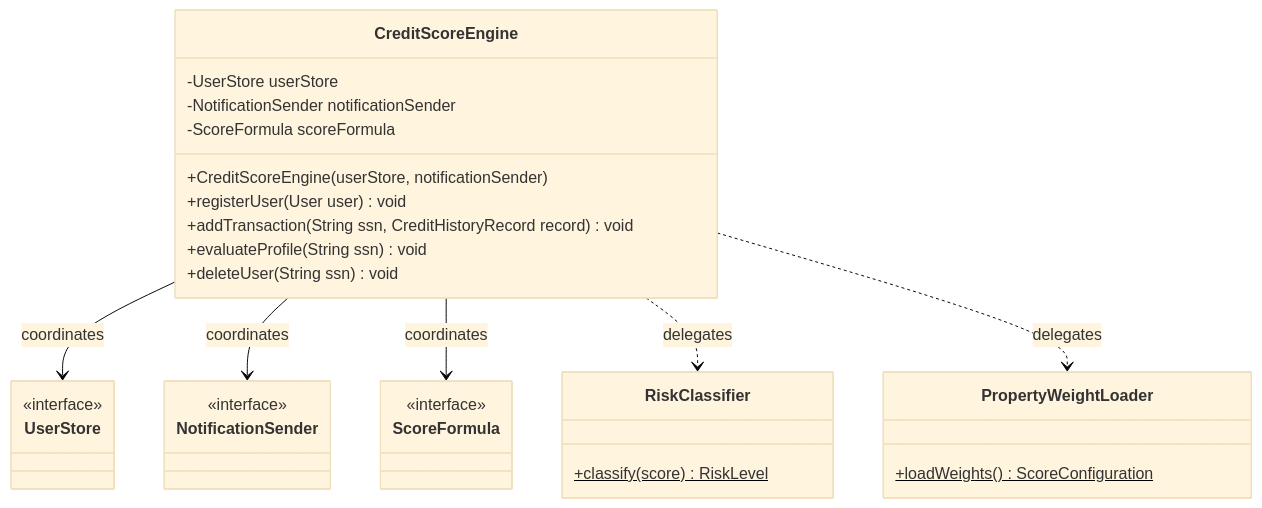
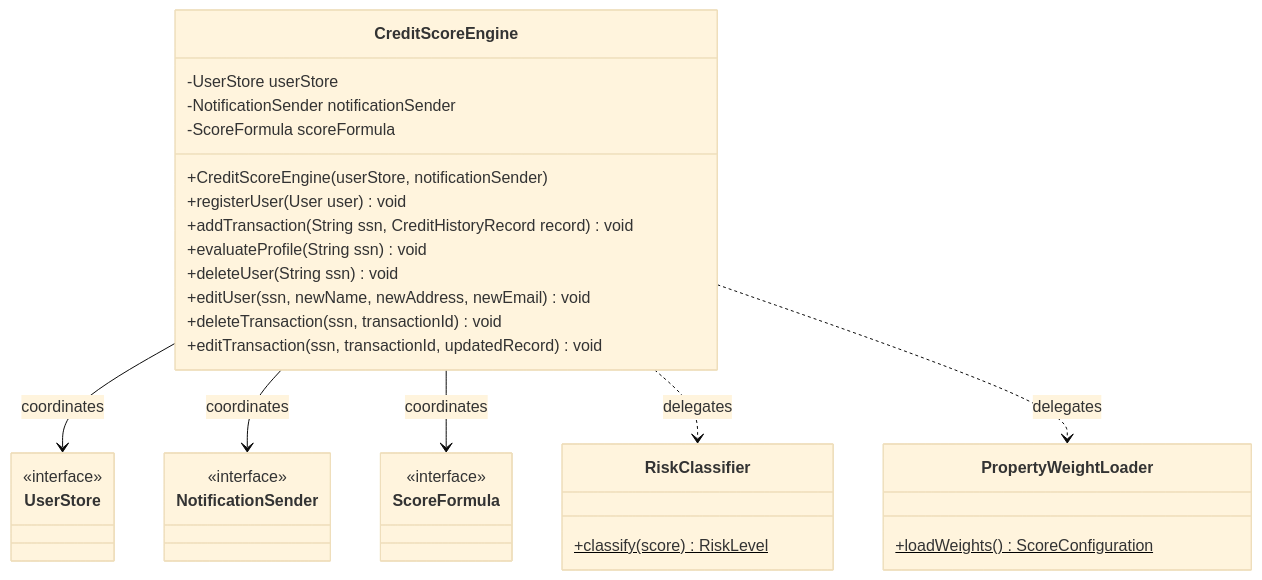
The third of 3 diagrams in docs/02_design_patterns/structural_patterns.md (Pinkylml/CreditScoreManagement), drawn with Mermaid (base theme) before and after one commit. The commit also changed other lines of this file and 3 other files, not shown here.

````diff
--- a/docs/02_design_patterns/structural_patterns.md
+++ b/docs/02_design_patterns/structural_patterns.md
@@ -127,39 +127,42 @@
 ```mermaid
 classDiagram
     class CreditScoreEngine {
         -UserStore userStore
         -NotificationSender notificationSender
         -ScoreFormula scoreFormula
         +CreditScoreEngine(userStore, notificationSender)
         +registerUser(User user) void
         +addTransaction(String ssn, CreditHistoryRecord record) void
         +evaluateProfile(String ssn) void
         +deleteUser(String ssn) void
+        +editUser(ssn, newName, newAddress, newEmail) void
+        +deleteTransaction(ssn, transactionId) void
+        +editTransaction(ssn, transactionId, updatedRecord) void
     }
 
     class UserStore {
         <<interface>>
     }
 
     class NotificationSender {
         <<interface>>
     }
 
     class ScoreFormula {
         <<interface>>
     }
 
     class RiskClassifier {
         +classify(score) RiskLevel$
     }
 
     class PropertyWeightLoader {
         +loadWeights() ScoreConfiguration$
     }
 
     CreditScoreEngine --> UserStore : coordinates
     CreditScoreEngine --> NotificationSender : coordinates
     CreditScoreEngine --> ScoreFormula : coordinates
     CreditScoreEngine ..> RiskClassifier : delegates
     CreditScoreEngine ..> PropertyWeightLoader : delegates
 ```
````
